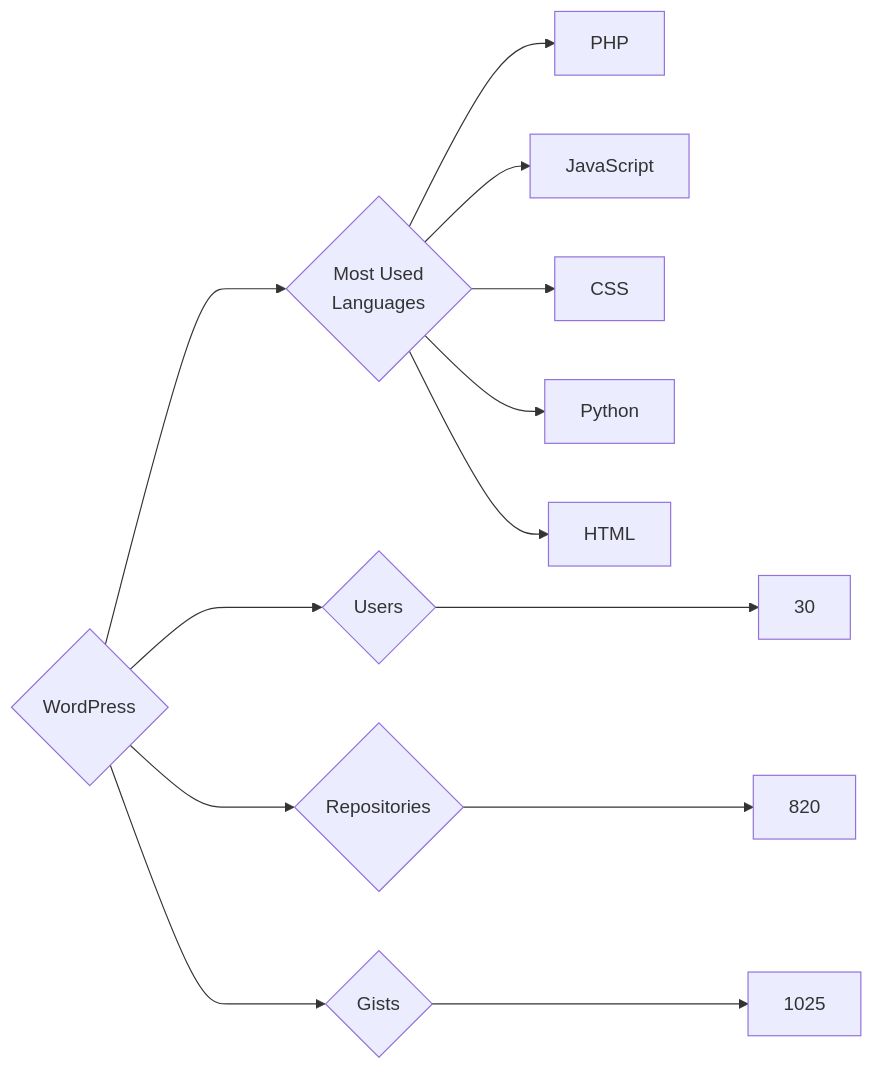
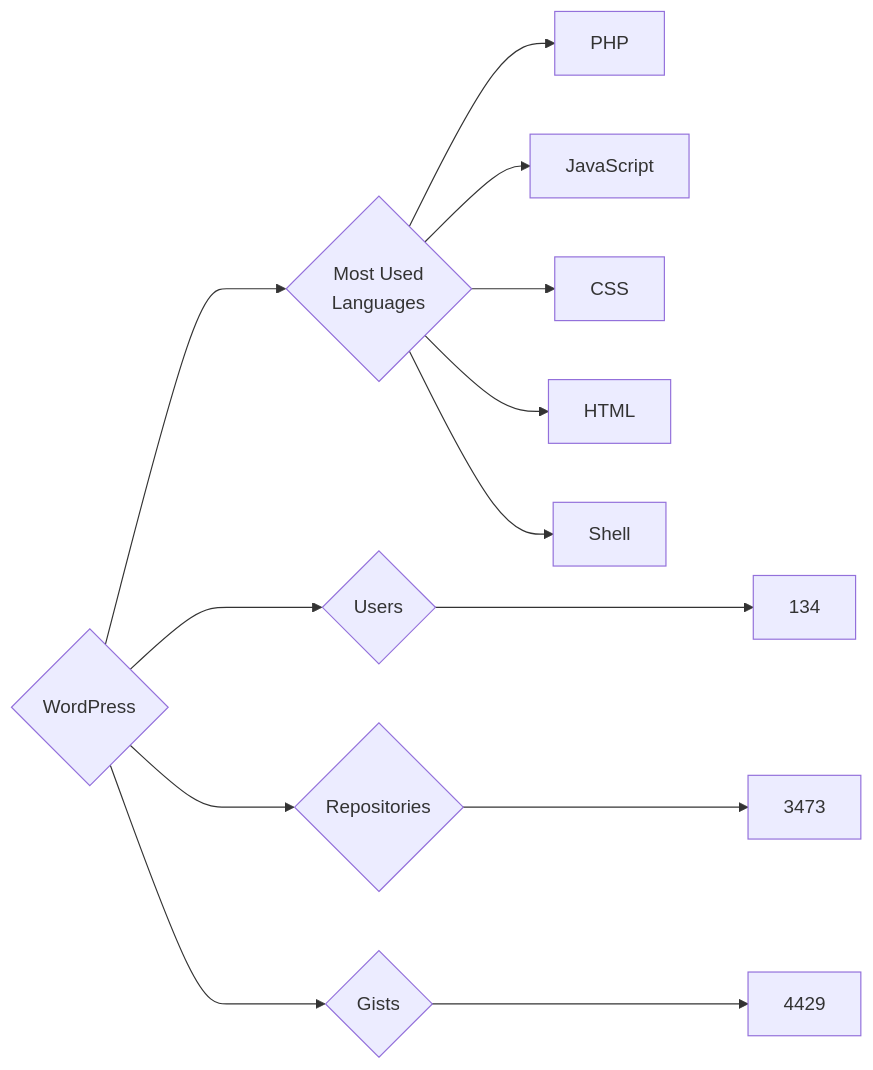
One commit to trickest/insiders changed the diagram in targets/WordPress/README.md. Above: the diagram before and after it, drawn with Mermaid. The commit also changed 870 other files, not shown here.

````diff
--- a/targets/WordPress/README.md
+++ b/targets/WordPress/README.md
@@ -3,13 +3,13 @@
 ```mermaid
 graph LR
 COMPANY_NAME{WordPress}
-COMPANY_NAME ---> U{Users} ---> UN[30]
-COMPANY_NAME ---> R{Repositories} ---> RN[820]
-COMPANY_NAME ---> G{Gists} ---> GN[1025]
+COMPANY_NAME ---> U{Users} ---> UN[134]
+COMPANY_NAME ---> R{Repositories} ---> RN[3473]
+COMPANY_NAME ---> G{Gists} ---> GN[4429]
 COMPANY_NAME ---> ML{Most Used<br>Languages}
 ML --> PHP[PHP]
 ML --> JavaScript[JavaScript]
 ML --> CSS[CSS]
-ML --> Python[Python]
 ML --> HTML[HTML]
+ML --> Shell[Shell]
 ```
````
